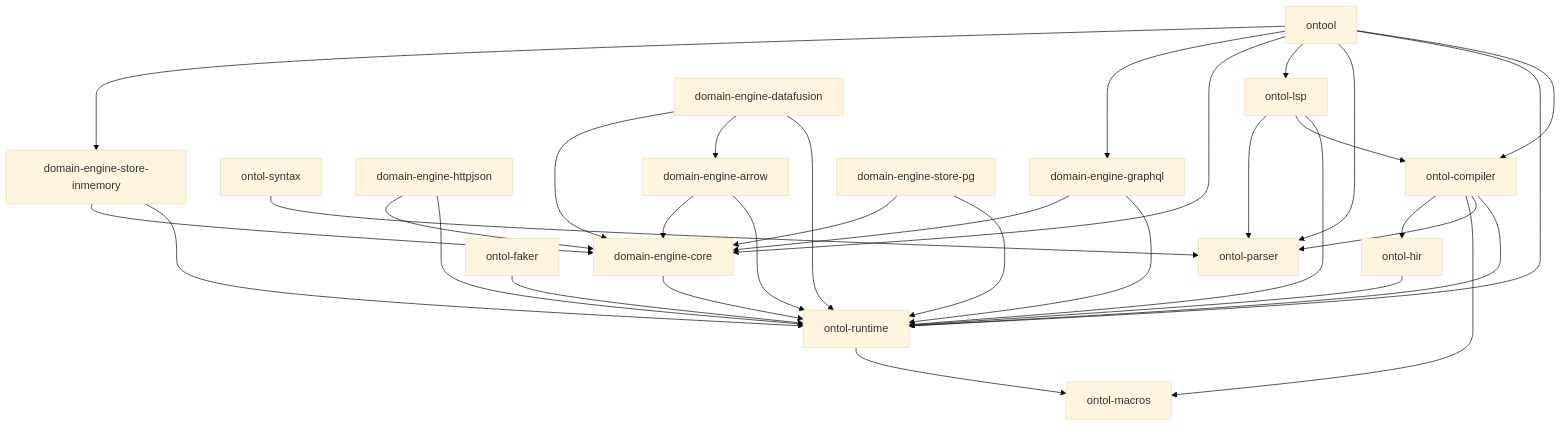
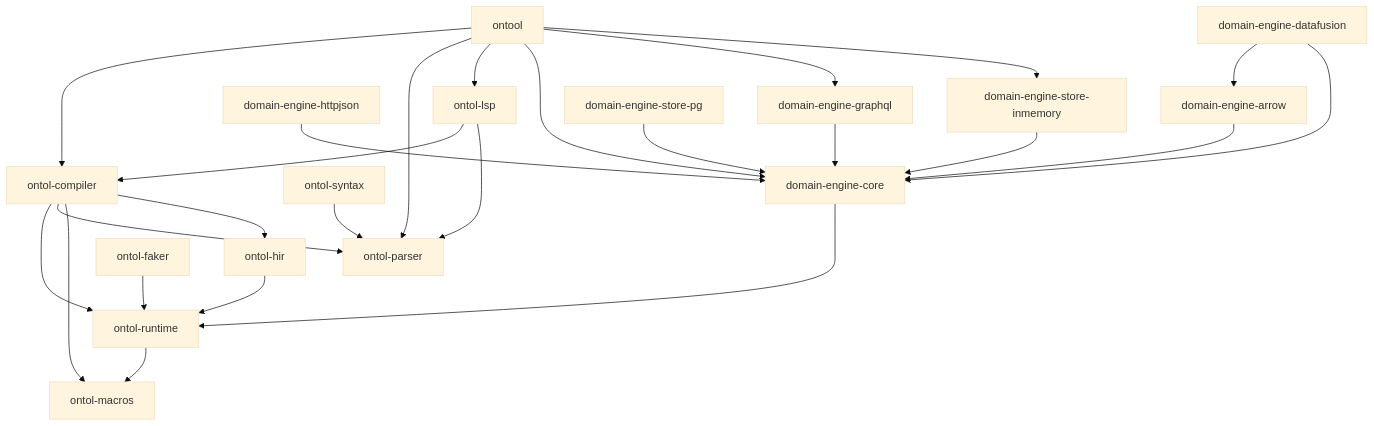
One commit to protojour/domain-engine changed the diagram in README.md. Above: the diagram before and after it, drawn with Mermaid (base theme). The commit also changed other lines of this file, not shown here.

Commit message:
chore(README): simplify dep graph, not every edge is necessary in the big picture

````diff
--- a/README.md
+++ b/README.md
@@ -39,44 +39,36 @@
 ```mermaid
 graph TD
    ontol-runtime-->ontol-macros
 
    ontol-compiler-->ontol-runtime
    ontol-compiler-->ontol-parser
    ontol-compiler-->ontol-macros
    ontol-compiler-->ontol-hir
 
    ontol-hir-->ontol-runtime
 
    ontol-syntax-->ontol-parser
 
-   ontol-lsp-->ontol-runtime
    ontol-lsp-->ontol-compiler
    ontol-lsp-->ontol-parser
 
    ontol-faker-->ontol-runtime
 
    domain-engine-core-->ontol-runtime
 
-   domain-engine-httpjson-->ontol-runtime
    domain-engine-httpjson-->domain-engine-core
-   domain-engine-graphql-->ontol-runtime
    domain-engine-graphql-->domain-engine-core
-   domain-engine-arrow-->ontol-runtime
    domain-engine-arrow-->domain-engine-core
-   domain-engine-datafusion-->ontol-runtime
    domain-engine-datafusion-->domain-engine-arrow
    domain-engine-datafusion-->domain-engine-core
 
-   domain-engine-store-inmemory-->ontol-runtime
    domain-engine-store-inmemory-->domain-engine-core
-   domain-engine-store-pg-->ontol-runtime
    domain-engine-store-pg-->domain-engine-core
 
    ontool-->ontol-compiler
-   ontool-->ontol-runtime
    ontool-->ontol-parser
    ontool-->ontol-lsp
    ontool-->domain-engine-core
    ontool-->domain-engine-graphql
    ontool-->domain-engine-store-inmemory
 ```
````
